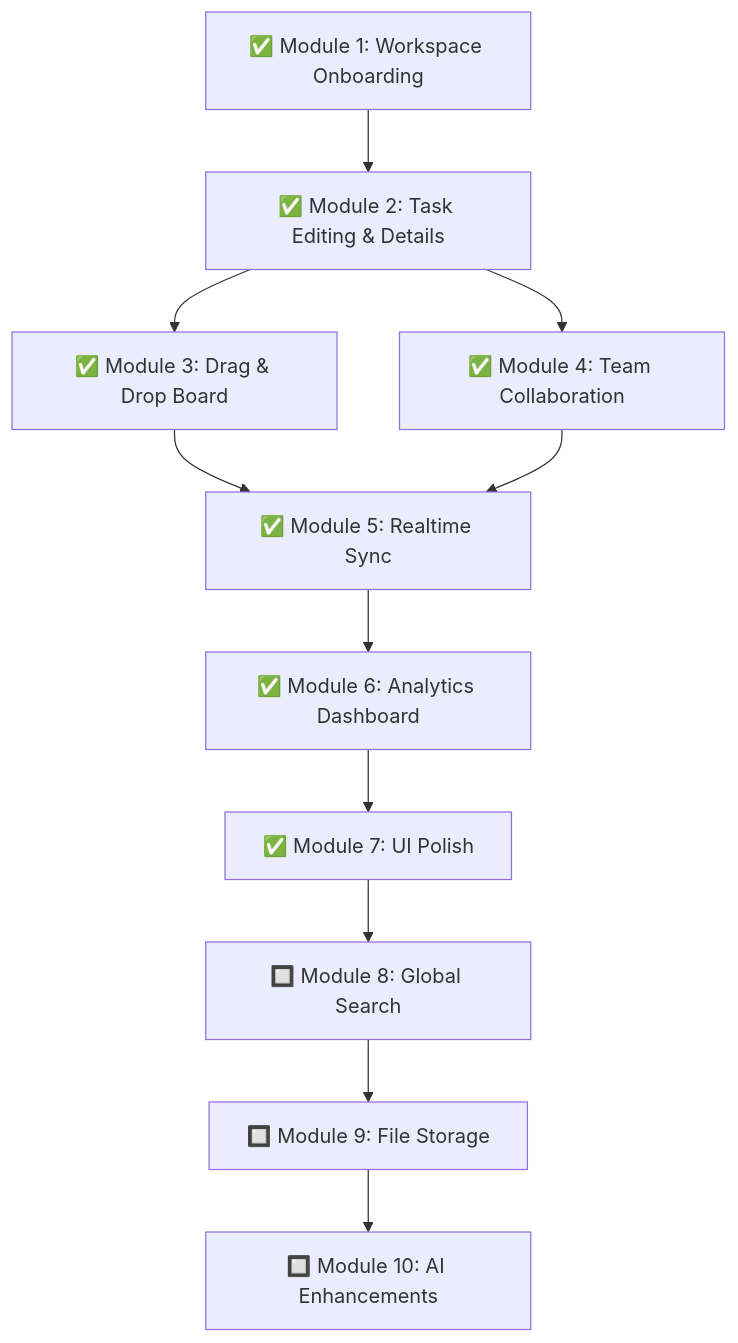
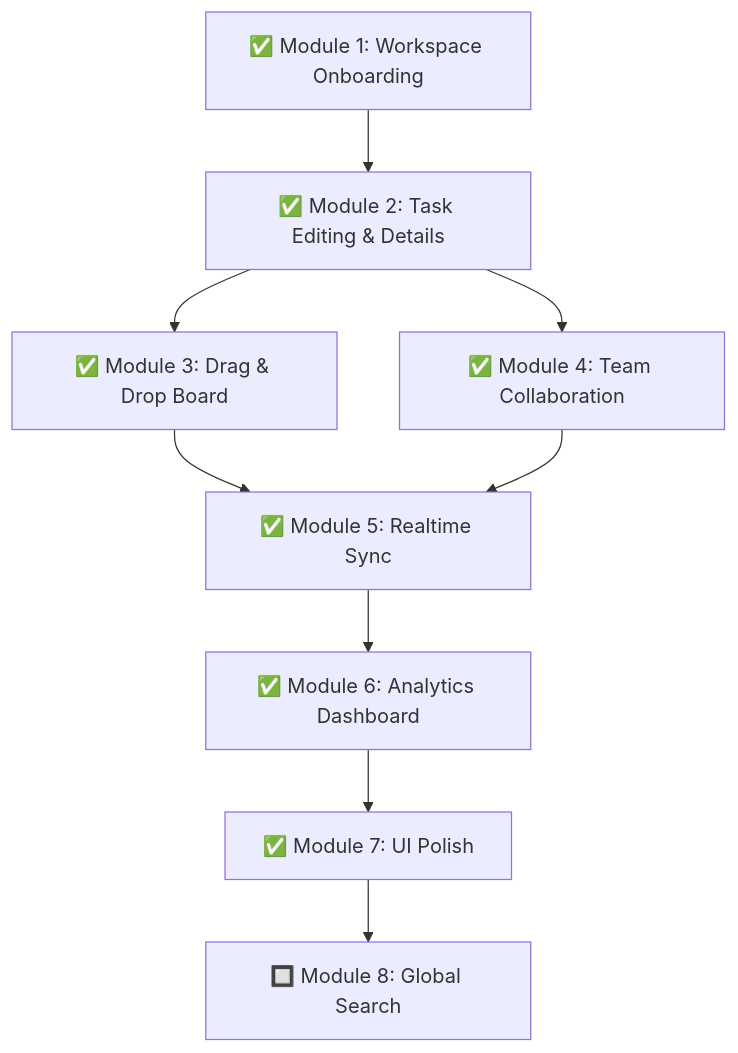
One commit to anirudhy-jpg/TaskPilot changed the diagram in plan/steps.md. Above: the diagram before and after it, drawn with Mermaid. The commit also changed other lines of this file and 20 other files, not shown here.

Commit message:
feat: implement task subtasks, comments, and activity tracking with related UI updates and database schema enhancements

````diff
--- a/plan/steps.md
+++ b/plan/steps.md
@@ -38,13 +36,12 @@
 ```mermaid
 graph TD
     M1[✅ Module 1: Workspace Onboarding] --> M2[✅ Module 2: Task Editing & Details]
     M2 --> M3[✅ Module 3: Drag & Drop Board]
     M2 --> M4[✅ Module 4: Team Collaboration]
     M3 --> M5[✅ Module 5: Realtime Sync]
     M4 --> M5
     M5 --> M6[✅ Module 6: Analytics Dashboard]
     M6 --> M7[✅ Module 7: UI Polish]
     M7 --> M8[🔲 Module 8: Global Search]
-    M8 --> M9[🔲 Module 9: File Storage]
-    M9 --> M10[🔲 Module 10: AI Enhancements]
+
 ```
````
